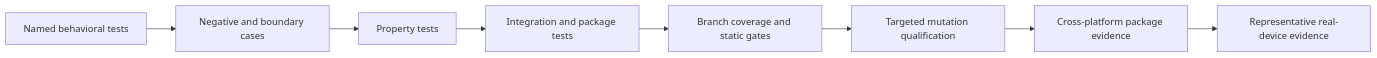
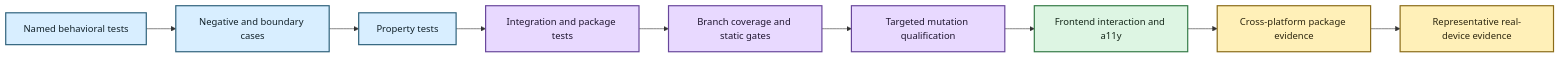
Before and after one commit to SSD1805/EchoFlow: the diagram in docs/development/README.md, drawn with Mermaid. The commit also changed other lines of this file and 29 other files, not shown here.

Commit message:
docs: restore Mermaid styling and refresh current product truth

````diff
--- a/docs/development/README.md
+++ b/docs/development/README.md
@@ -45,10 +50,21 @@
 ```mermaid
-graph LR;
+flowchart LR
     A[Named behavioral tests] --> B[Negative and boundary cases]
     B --> C[Property tests]
     C --> D[Integration and package tests]
     D --> E[Branch coverage and static gates]
     E --> F[Targeted mutation qualification]
-    F --> G[Cross-platform package evidence]
-    G --> H[Representative real-device evidence]
+    F --> G[Frontend interaction and a11y]
+    G --> H[Cross-platform package evidence]
+    H --> I[Representative real-device evidence]
+
+    classDef inspect fill:#D8EEFF,stroke:#2E617B,stroke-width:2px,color:#12222A
+    classDef process fill:#E8D9FF,stroke:#68469B,stroke-width:2px,color:#1F1630
+    classDef success fill:#DDF5E3,stroke:#347A46,stroke-width:2px,color:#142719
+    classDef evidence fill:#FFF0B8,stroke:#8A6B18,stroke-width:2px,color:#2C260F
+
+    class A,B,C inspect
+    class D,E,F process
+    class G success
+    class H,I evidence
 ```
````
